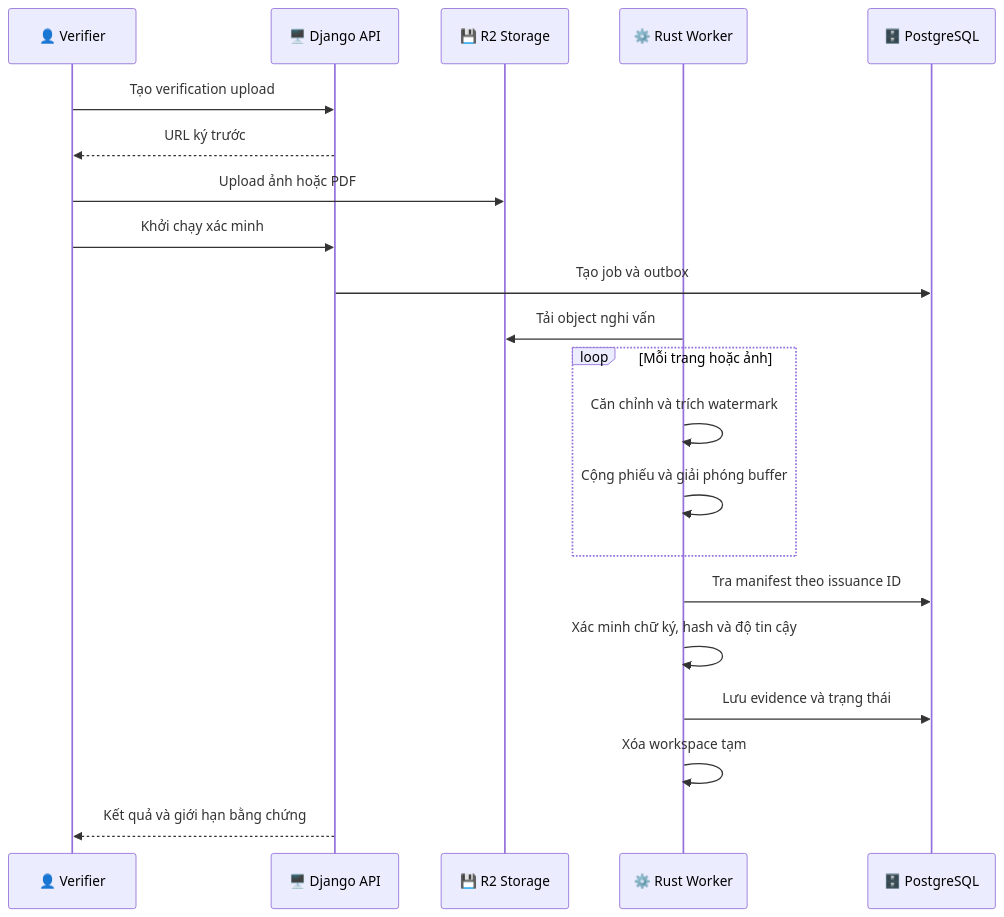
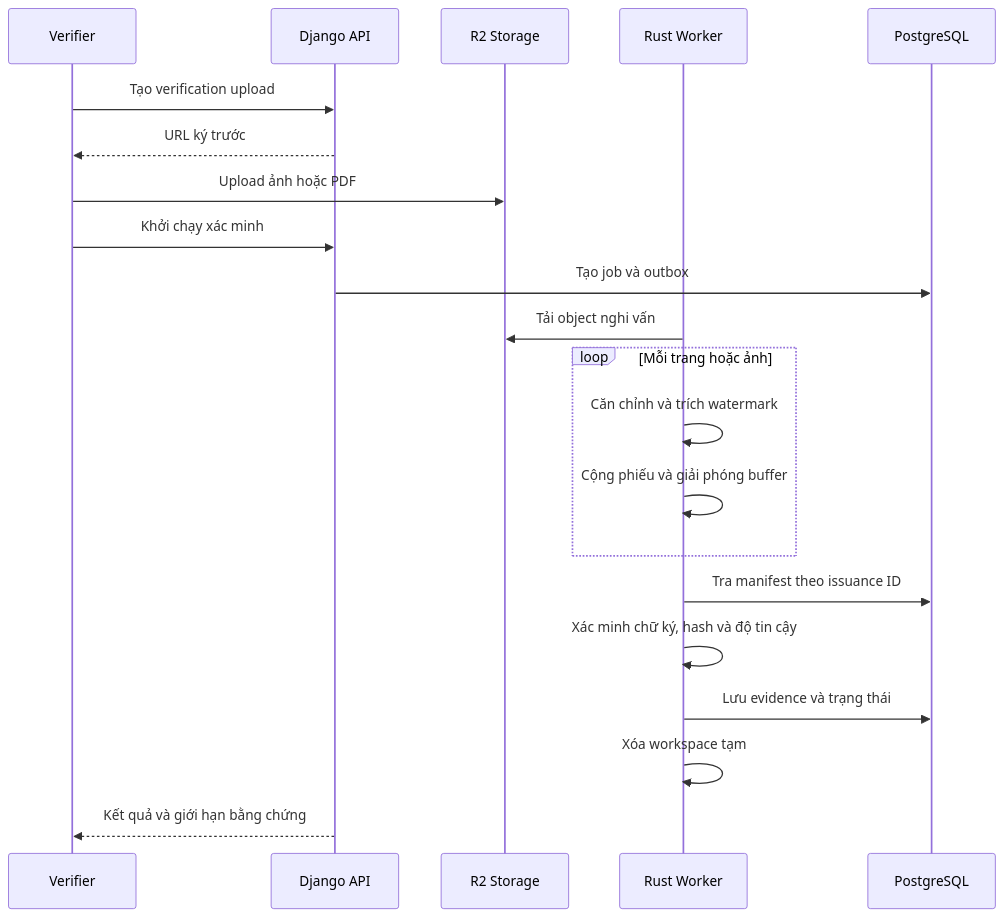
One commit to qivarnq3g/splitbind changed the third of 4 diagrams in docs/superpowers/specs/2026-08-13-splitbind-production-design.md. Above: the diagram before and after it, drawn with Mermaid. The commit also changed other lines of this file and 42 other files, not shown here.

````diff
--- a/docs/superpowers/specs/2026-08-13-splitbind-production-design.md
+++ b/docs/superpowers/specs/2026-08-13-splitbind-production-design.md
@@ -191,29 +217,29 @@
 ```mermaid
 sequenceDiagram
     accTitle: Luồng xác minh tài liệu
     accDescr: Verifier gửi tài liệu nghi vấn, worker trích fingerprint và watermark toàn vẹn, API kiểm tra hồ sơ ký rồi trả kết luận có mức tin cậy
 
-    participant verifier as 👤 Verifier
-    participant api as 🖥️ Django API
-    participant storage as 💾 R2 Storage
-    participant worker as ⚙️ Rust Worker
-    participant db as 🗄️ PostgreSQL
+    participant verifier as Verifier
+    participant api as Django API
+    participant storage as R2 Storage
+    participant worker as Rust Worker
+    participant db as PostgreSQL
 
     verifier->>api: Tạo verification upload
     api-->>verifier: URL ký trước
     verifier->>storage: Upload ảnh hoặc PDF
     verifier->>api: Khởi chạy xác minh
     api->>db: Tạo job và outbox
     worker->>storage: Tải object nghi vấn
 
     loop Mỗi trang hoặc ảnh
         worker->>worker: Căn chỉnh và trích watermark
         worker->>worker: Cộng phiếu và giải phóng buffer
     end
 
     worker->>db: Tra manifest theo issuance ID
     worker->>worker: Xác minh chữ ký, hash và độ tin cậy
     worker->>db: Lưu evidence và trạng thái
     worker->>worker: Xóa workspace tạm
     api-->>verifier: Kết quả và giới hạn bằng chứng
 ```
````
